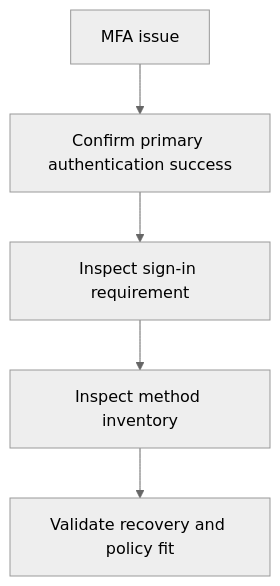
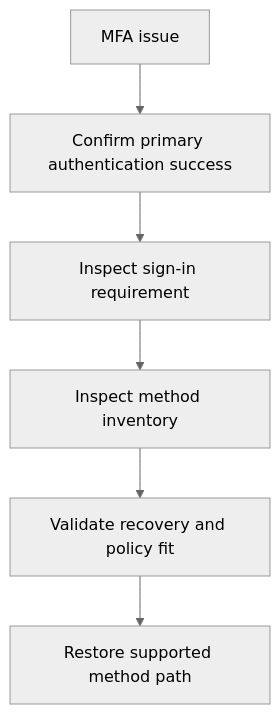
Before and after one commit to yeongseon/azure-entra-id-practical-guide: the diagram in docs/troubleshooting/playbooks/mfa-registration-issues.md, drawn with Mermaid (neutral theme). The commit also changed other lines of this file and 29 other files, not shown here.

````diff
--- a/docs/troubleshooting/playbooks/mfa-registration-issues.md
+++ b/docs/troubleshooting/playbooks/mfa-registration-issues.md
@@ -19,7 +39,8 @@
 ```mermaid
 flowchart TD
     A[MFA issue] --> B[Confirm primary authentication success]
     B --> C[Inspect sign-in requirement]
     C --> D[Inspect method inventory]
     D --> E[Validate recovery and policy fit]
+    E --> F[Restore supported method path]
 ```
````
